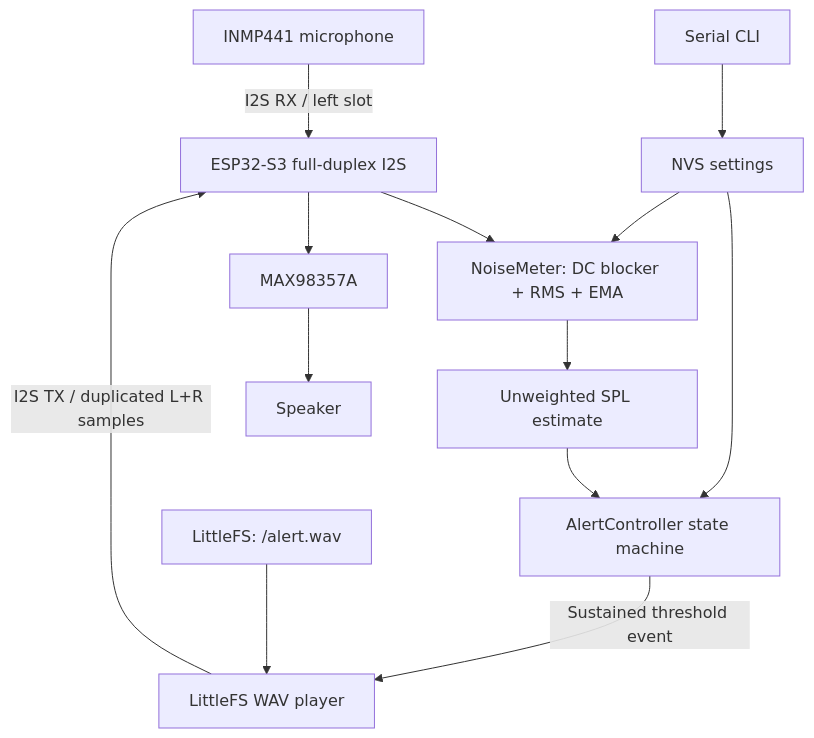
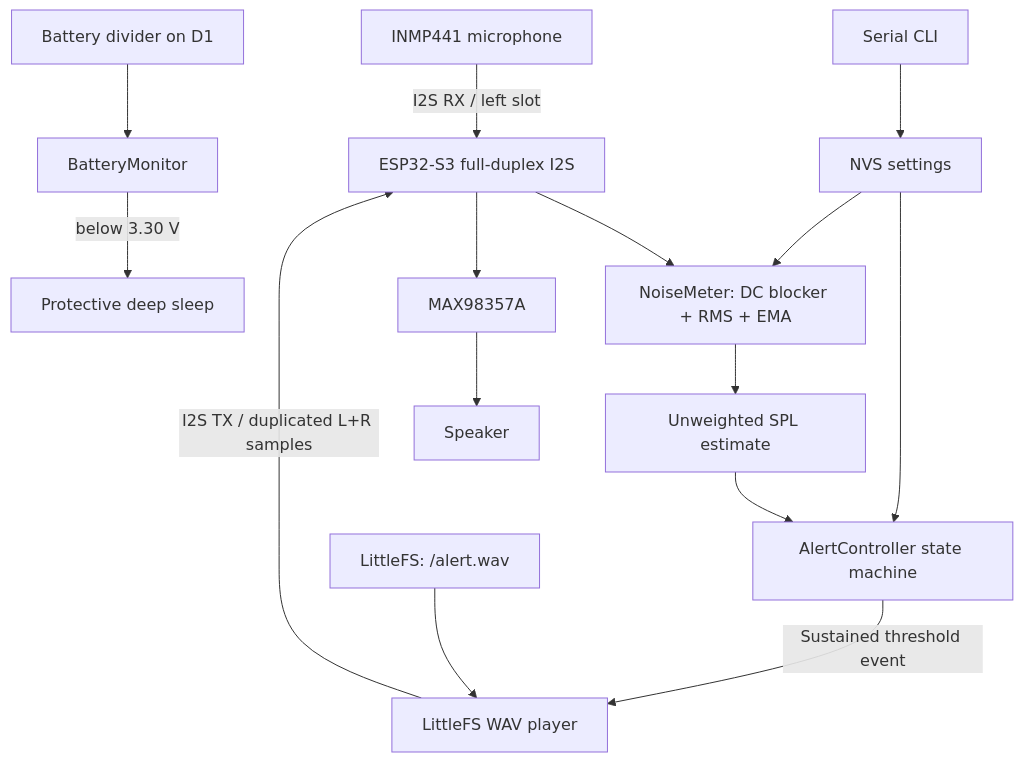
The diagram in README.md (AtonT12/noise-monitor), drawn with Mermaid before and after one commit. The commit also changed other lines of this file and 8 other files, not shown here.

````diff
--- a/README.md
+++ b/README.md
@@ -64,15 +42,17 @@
 ```mermaid
 flowchart TD
     A[INMP441 microphone] -->|I2S RX / left slot| B[ESP32-S3 full-duplex I2S]
     B --> C[NoiseMeter: DC blocker + RMS + EMA]
     C --> D[Unweighted SPL estimate]
     D --> E[AlertController state machine]
     E -->|Sustained threshold event| F[LittleFS WAV player]
     G[LittleFS: /alert.wav] --> F
     F -->|I2S TX / duplicated L+R samples| B
     B --> H[MAX98357A]
     H --> I[Speaker]
     J[Serial CLI] --> K[NVS settings]
     K --> E
     K --> C
+    L[Battery divider on D1] --> M[BatteryMonitor]
+    M -->|below 3.30 V| N[Protective deep sleep]
 ```
````
